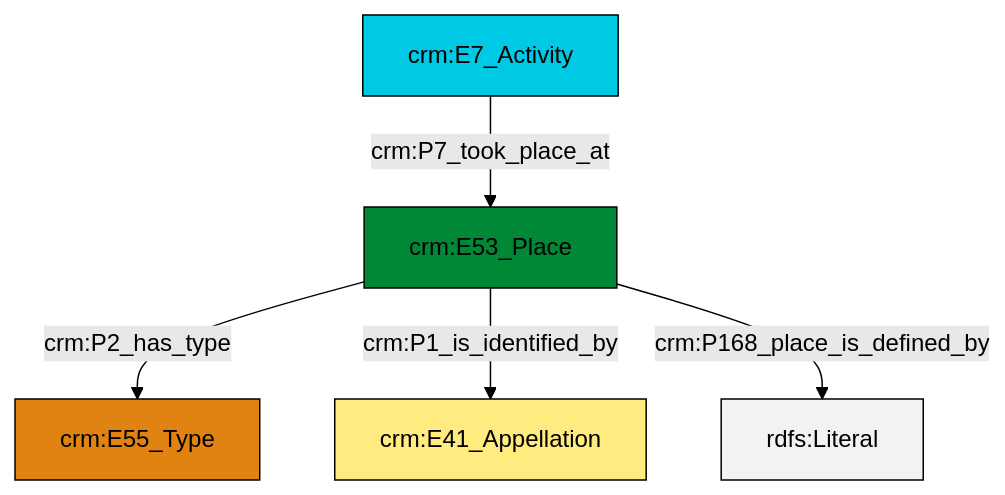
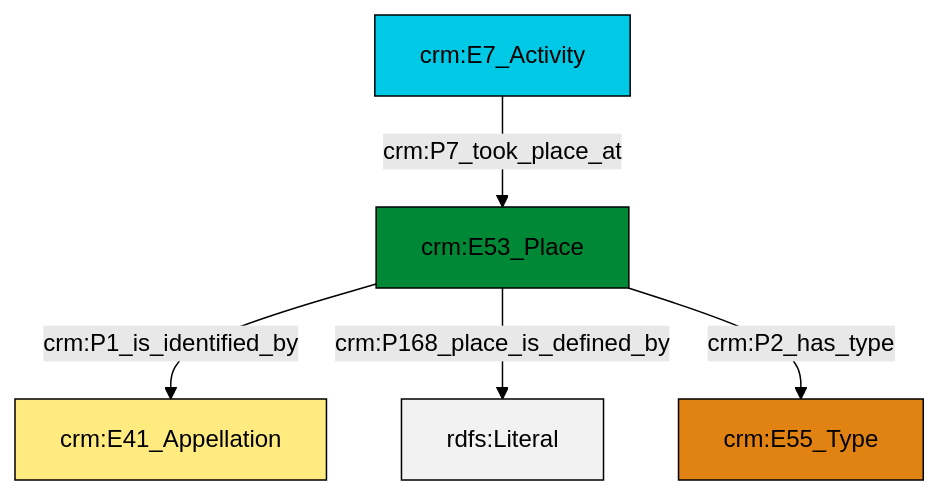
One commit to swiss-art-research-net/docs.swissartresearch changed the diagram in et/eventCSV/ttl/mmd/event_location.ttl.mmd. Above: the diagram before and after it, drawn with Mermaid (forest theme). The commit also changed 176 other files, not shown here.

```diff
--- a/et/eventCSV/ttl/mmd/event_location.ttl.mmd
+++ b/et/eventCSV/ttl/mmd/event_location.ttl.mmd
@@ -1,19 +1,19 @@
 graph TD
 classDef Literal fill:#f2f2f2,stroke:#000000;
 classDef CRM_Entity fill:#FFFFFF,stroke:#000000;
 classDef Temporal_Entity fill:#00C9E6, stroke:#000000;
 classDef Type fill:#E18312, stroke:#000000;
 classDef Time-Span fill:#2C9C91, stroke:#000000;
 classDef Appellation fill:#FFEB7F, stroke:#000000;
 classDef Place fill:#008836, stroke:#000000;
 classDef Persistent_Item fill:#B266B2, stroke:#000000;
 classDef Conceptual_Object fill:#FFD700, stroke:#000000;
 classDef Physical_Thing fill:#D2B48C, stroke:#000000;
 classDef Actor fill:#f58aad, stroke:#000000;
 classDef PC_Classes fill:#4ce600, stroke:#000000;
 classDef Multi fill:#cccccc,stroke:#000000;
 
-2["crm:E53_Place"]:::Place -->|crm:P2_has_type| 0["crm:E55_Type"]:::Type
-2["crm:E53_Place"]:::Place -->|crm:P1_is_identified_by| 3["crm:E41_Appellation"]:::Appellation
-5["crm:E7_Activity"]:::Temporal_Entity -->|crm:P7_took_place_at| 2["crm:E53_Place"]:::Place
-2["crm:E53_Place"]:::Place -->|crm:P168_place_is_defined_by| 7[rdfs:Literal]:::Literal
+2["crm:E53_Place"]:::Place -->|crm:P1_is_identified_by| 0["crm:E41_Appellation"]:::Appellation
+6["crm:E7_Activity"]:::Temporal_Entity -->|crm:P7_took_place_at| 2["crm:E53_Place"]:::Place
+2["crm:E53_Place"]:::Place -->|crm:P168_place_is_defined_by| 8[rdfs:Literal]:::Literal
+2["crm:E53_Place"]:::Place -->|crm:P2_has_type| 3["crm:E55_Type"]:::Type
```
